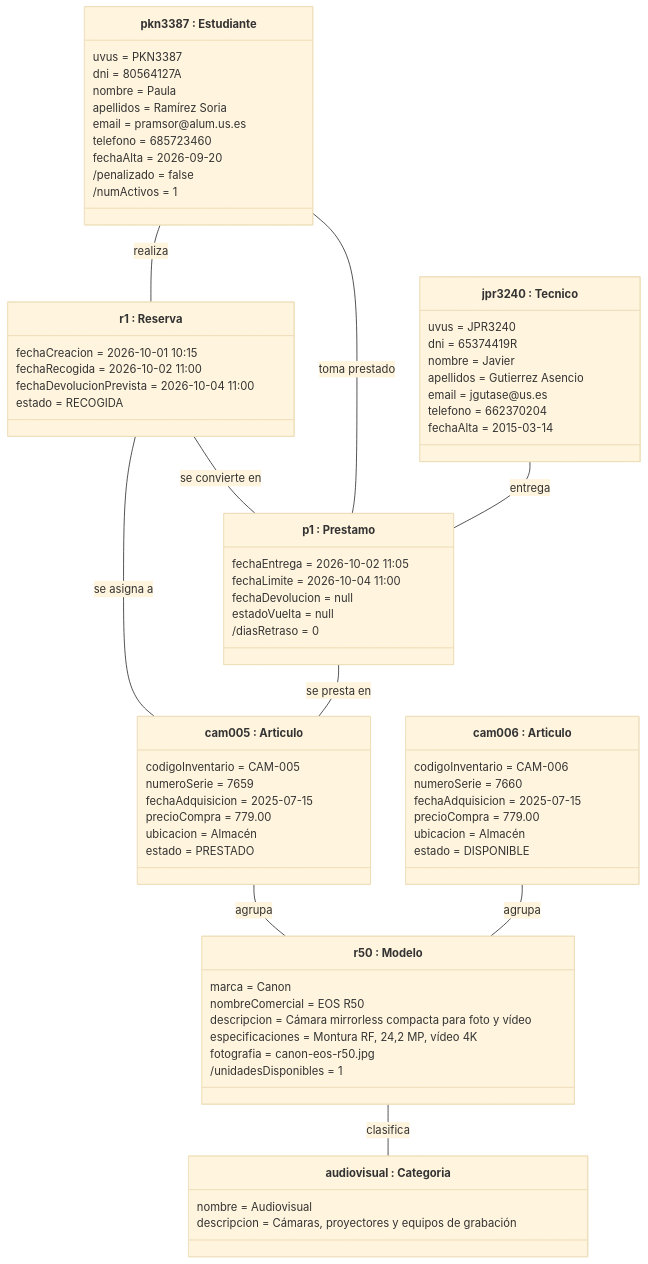
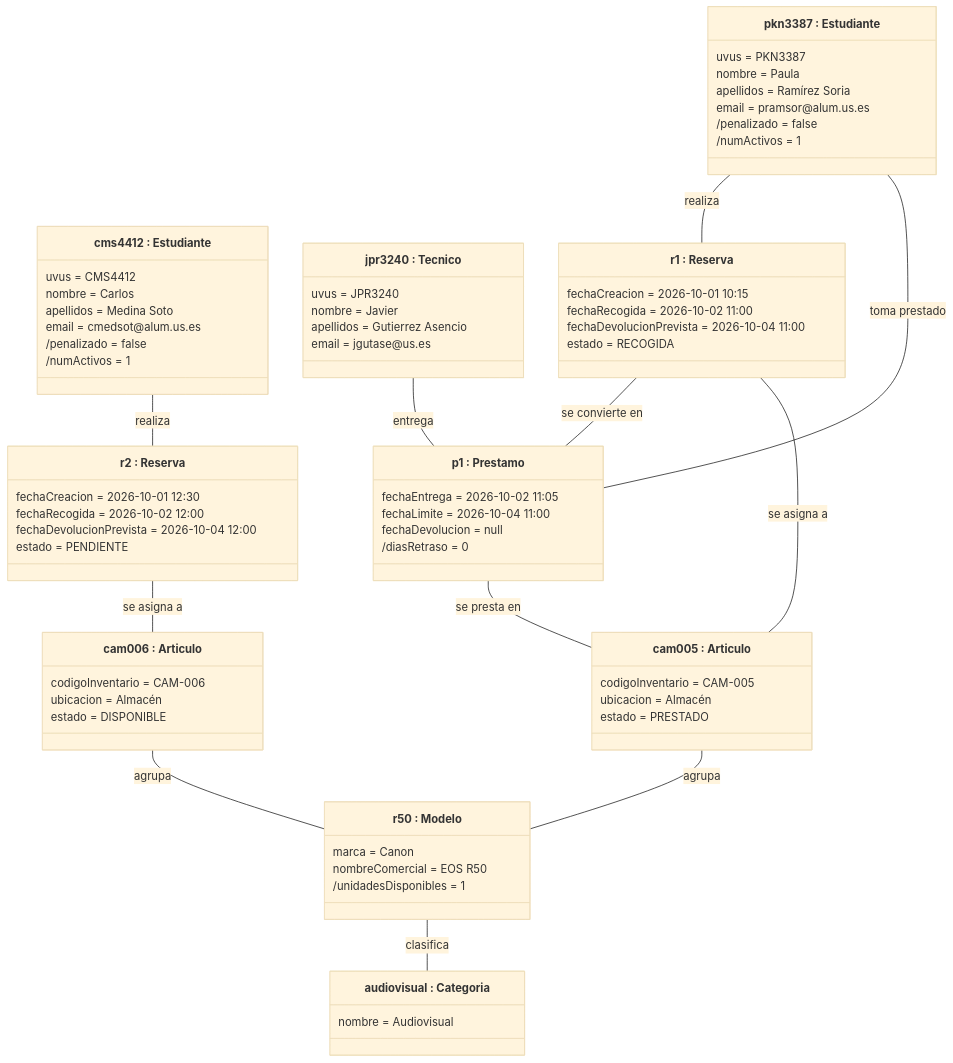
One commit to kikiyet/proyecto-curso-iissi1-2026-TKL4651 changed the third of 4 diagrams in README.md. Above: the diagram before and after it, drawn with Mermaid (base theme). The commit also changed other lines of this file, not shown here.

````diff
--- a/README.md
+++ b/README.md
@@ -644,76 +645,73 @@
 ```mermaid
 classDiagram
 direction TB
-
 class pkn3387["pkn3387 : Estudiante"] {
   uvus = PKN3387
-  dni = 80564127A
   nombre = Paula
   apellidos = Ramírez Soria
   email = pramsor@alum.us.es
-  telefono = 685723460
-  fechaAlta = 2026-09-20
+  /penalizado = false
+  /numActivos = 1
+}
+class cms4412["cms4412 : Estudiante"] {
+  uvus = CMS4412
+  nombre = Carlos
+  apellidos = Medina Soto
+  email = cmedsot@alum.us.es
   /penalizado = false
   /numActivos = 1
 }
 class jpr3240["jpr3240 : Tecnico"] {
   uvus = JPR3240
-  dni = 65374419R
   nombre = Javier
   apellidos = Gutierrez Asencio
   email = jgutase@us.es
-  telefono = 662370204
-  fechaAlta = 2015-03-14
 }
 class r1["r1 : Reserva"] {
   fechaCreacion = 2026-10-01 10:15
   fechaRecogida = 2026-10-02 11:00
   fechaDevolucionPrevista = 2026-10-04 11:00
   estado = RECOGIDA
 }
+class r2["r2 : Reserva"] {
+  fechaCreacion = 2026-10-01 12:30
+  fechaRecogida = 2026-10-02 12:00
+  fechaDevolucionPrevista = 2026-10-04 12:00
+  estado = PENDIENTE
+}
 class p1["p1 : Prestamo"] {
   fechaEntrega = 2026-10-02 11:05
   fechaLimite = 2026-10-04 11:00
   fechaDevolucion = null
-  estadoVuelta = null
   /diasRetraso = 0
 }
 class cam005["cam005 : Articulo"] {
   codigoInventario = CAM-005
-  numeroSerie = 7659
-  fechaAdquisicion = 2025-07-15
-  precioCompra = 779.00
   ubicacion = Almacén
   estado = PRESTADO
 }
 class cam006["cam006 : Articulo"] {
   codigoInventario = CAM-006
-  numeroSerie = 7660
-  fechaAdquisicion = 2025-07-15
-  precioCompra = 779.00
   ubicacion = Almacén
   estado = DISPONIBLE
 }
 class r50["r50 : Modelo"] {
   marca = Canon
   nombreComercial = EOS R50
-  descripcion = Cámara mirrorless compacta para foto y vídeo
-  especificaciones = Montura RF, 24,2 MP, vídeo 4K
-  fotografia = canon-eos-r50.jpg
   /unidadesDisponibles = 1
 }
 class audiovisual["audiovisual : Categoria"] {
   nombre = Audiovisual
-  descripcion = Cámaras, proyectores y equipos de grabación
 }
-
 pkn3387 -- r1 : realiza
+pkn3387 -- p1 : toma prestado
+jpr3240 -- p1 : entrega
+r1 -- p1 : se convierte en
 r1 -- cam005 : se asigna a
-r1 -- p1 : se convierte en
-pkn3387 -- p1 : toma prestado
+cms4412 -- r2 : realiza
+r2 -- cam006 : se asigna a
 p1 -- cam005 : se presta en
-jpr3240 -- p1 : entrega
 cam005 -- r50 : agrupa
 cam006 -- r50 : agrupa
 r50 -- audiovisual : clasifica
 ```
````
